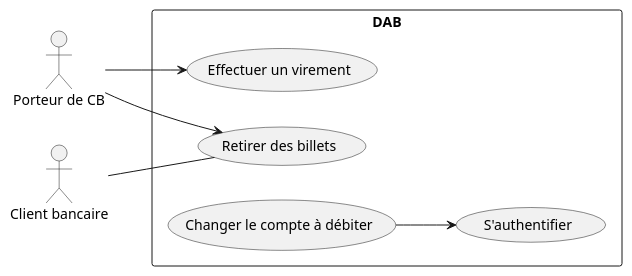
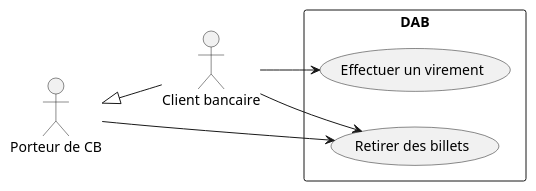
One commit to Wakayo-Quozorox/aero-UML changed the diagram in Usecasetest.md. Above: the diagram before and after it, drawn with PlantUML. The commit also changed 3 other files, not shown here.

Commit message:
Premier jet usecase diagram

```diff
--- a/Usecasetest.md
+++ b/Usecasetest.md
@@ -3,21 +3,20 @@
 @startuml
-
-left to right direction
 
 :Porteur de CB: as PorteurCB
 :Client bancaire: as ClientBancaire
 
+left to right direction
+
 rectangle DAB {
     (Retirer des billets) as RetirerBillets
     (Effectuer un virement) as EffectuerVirement
-    (S'authentifier) as Authentifier
-    (Changer le compte à débiter) as ChangerCompte
 }
 
-ClientBancaire -- RetirerBillets
+PorteurCB <|-- ClientBancaire
 
 PorteurCB --> RetirerBillets
-PorteurCB --> EffectuerVirement
-ChangerCompte --> Authentifier
+ClientBancaire --> RetirerBillets
+ClientBancaire --> EffectuerVirement
+
 
 @enduml
```
